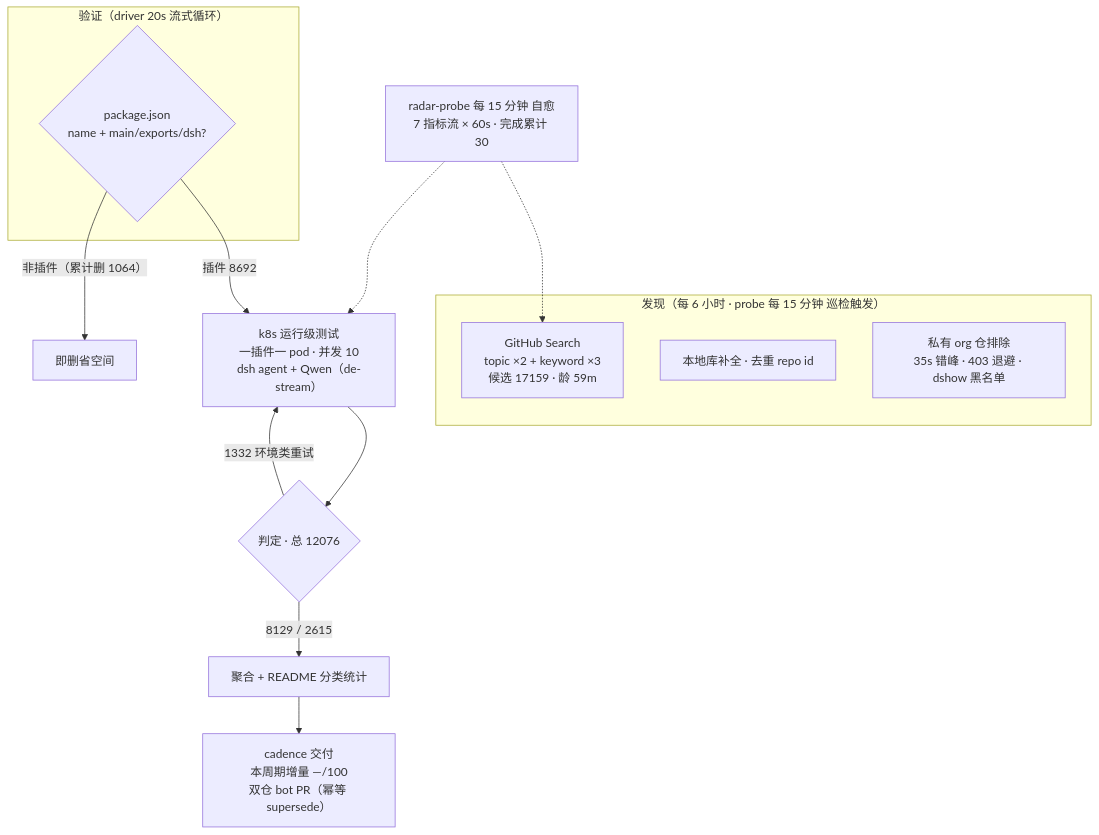
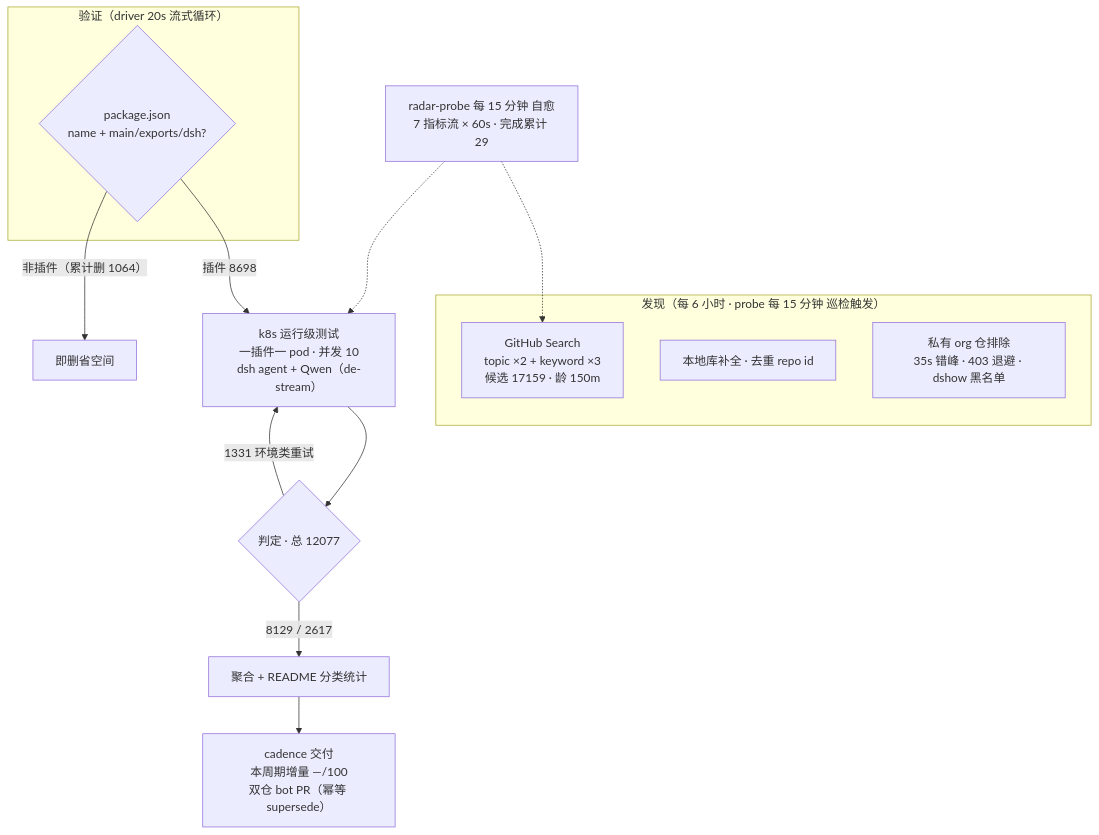
The diagram in README.md (Zhidao-Lab-OSS/awesome-dsh-plugins), drawn with Mermaid before and after one commit. The commit also changed other lines of this file and 1 other file, not shown here.

````diff
--- a/README.md
+++ b/README.md
@@ -52,20 +52,20 @@
 ```mermaid
 flowchart TB
     subgraph Discovery["发现（每 6 小时 · probe 每 15 分钟 巡检触发）"]
-        A1["GitHub Search<br/>topic ×2 + keyword ×3<br/>候选 17159 · 龄 59m"]
+        A1["GitHub Search<br/>topic ×2 + keyword ×3<br/>候选 17159 · 龄 150m"]
         A2["本地库补全 · 去重 repo id"]
         A3["私有 org 仓排除<br/>35s 错峰 · 403 退避 · dshow 黑名单"]
     end
     subgraph Validation["验证（driver 20s 流式循环）"]
         B1{"package.json<br/>name + main/exports/dsh?"}
     end
-    B1 -->|"插件 8692"| C1["k8s 运行级测试<br/>一插件一 pod · 并发 10<br/>dsh agent + Qwen（de-stream）"]
+    B1 -->|"插件 8698"| C1["k8s 运行级测试<br/>一插件一 pod · 并发 10<br/>dsh agent + Qwen（de-stream）"]
     B1 -->|"非插件（累计删 1064）"| B3["即删省空间"]
-    C1 --> D1{"判定 · 总 12076"}
-    D1 -->|"8129 / 2615"| E1["聚合 + README 分类统计"]
-    D1 -->|"1332 环境类重试"| C1
+    C1 --> D1{"判定 · 总 12077"}
+    D1 -->|"8129 / 2617"| E1["聚合 + README 分类统计"]
+    D1 -->|"1331 环境类重试"| C1
     E1 --> E2["cadence 交付<br/>本周期增量 —/100<br/>双仓 bot PR（幂等 supersede）"]
-    M["radar-probe 每 15 分钟 自愈<br/>7 指标流 × 60s · 完成累计 30"]
+    M["radar-probe 每 15 分钟 自愈<br/>7 指标流 × 60s · 完成累计 29"]
     M -.-> A1
     M -.-> C1
 ```
````
